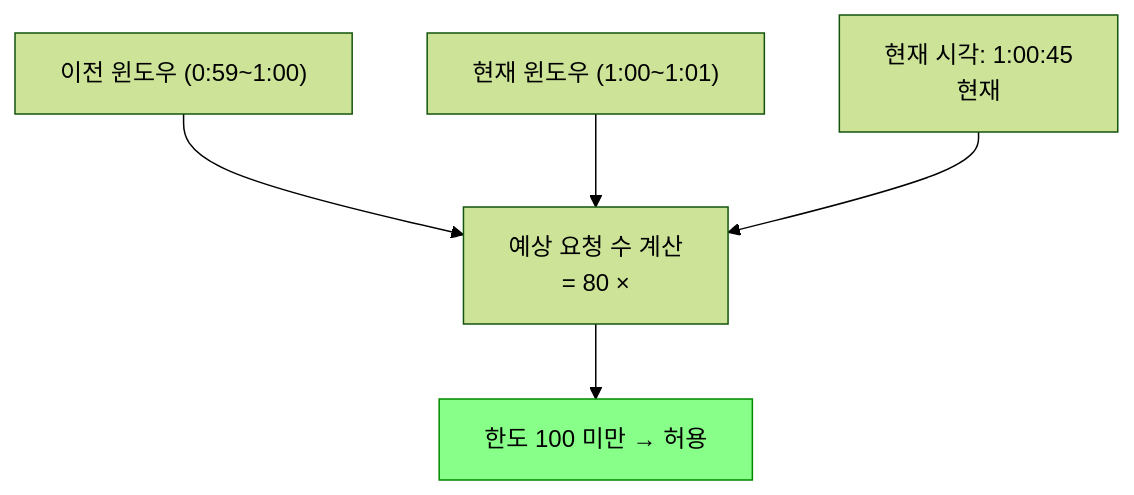
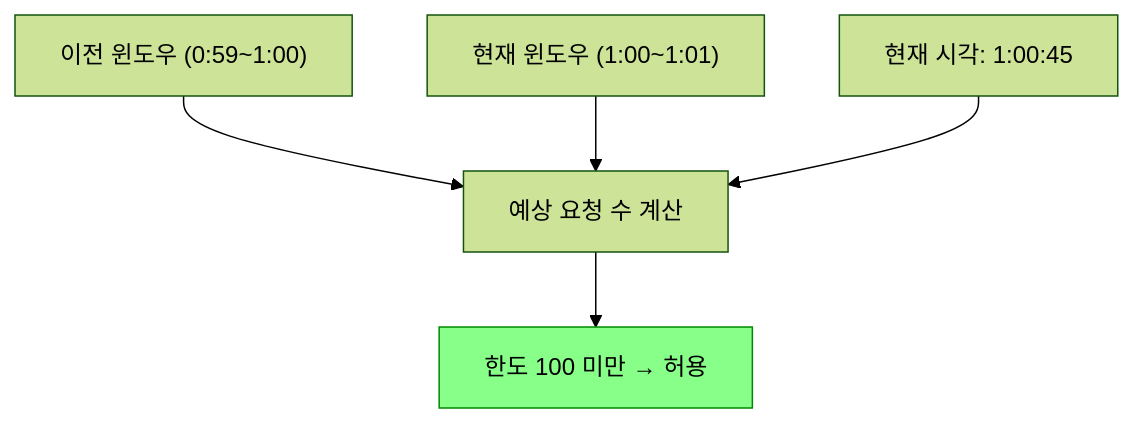
The fifth of 13 diagrams in _posts/spring/2026-05-01-rate-limiting.md (yjkim2015/yjkim2015.github.io), drawn with Mermaid (forest theme) before and after one commit. The commit also changed other lines of this file and 217 other files, not shown here.

First line of the commit message:
Mermaid 크기 수정: useMaxWidth:true + SVG max-width:100% + 라벨 축소

````diff
--- a/_posts/spring/2026-05-01-rate-limiting.md
+++ b/_posts/spring/2026-05-01-rate-limiting.md
@@ -147,10 +147,10 @@
 ```mermaid
 graph TD
     PW["이전 윈도우 (0:59~1:00)"]
     CW["현재 윈도우 (1:00~1:01)"]
-    NOW["현재 시각: 1:00:45\n현재"]
-    CALC["예상 요청 수 계산\n= 80 ×"]
+    NOW["현재 시각: 1:00:45"]
+    CALC["예상 요청 수 계산"]
     RESULT["한도 100 미만 → 허용"]
     style RESULT fill:#8f8,stroke:#080,color:#000
     PW & CW & NOW --> CALC --> RESULT
 ```
````
